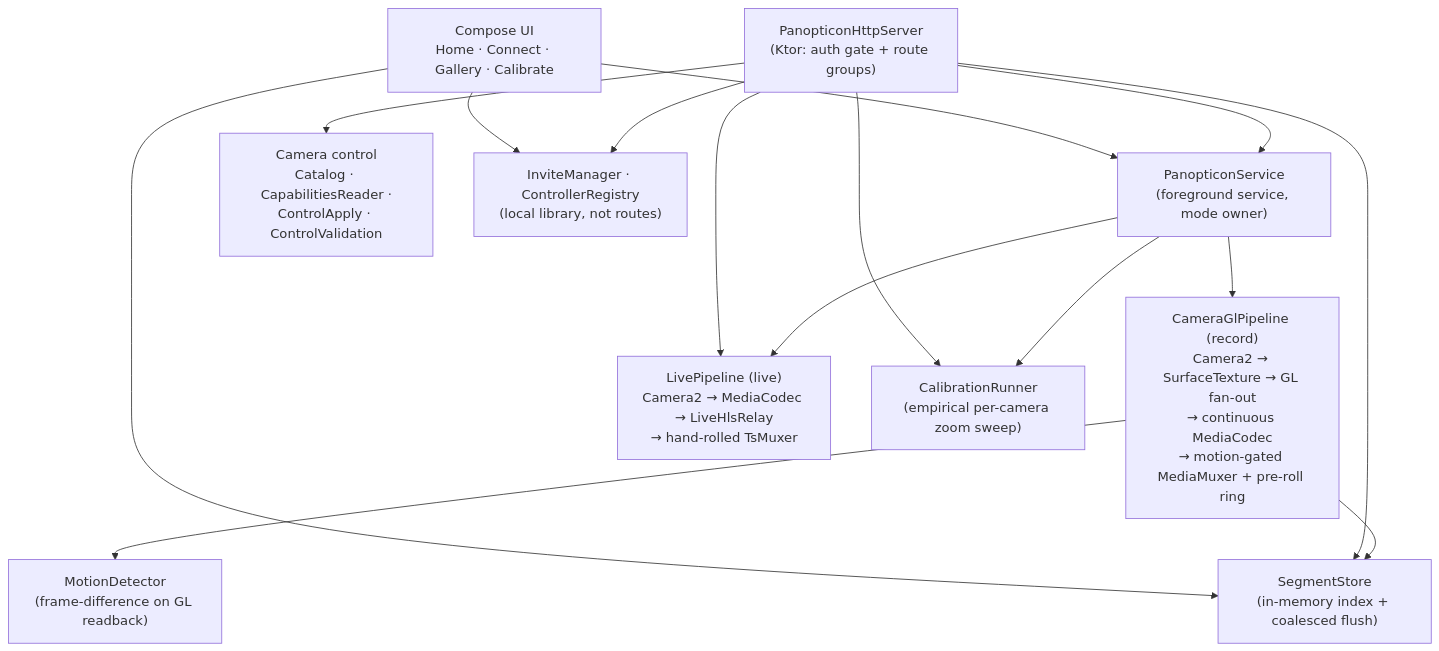
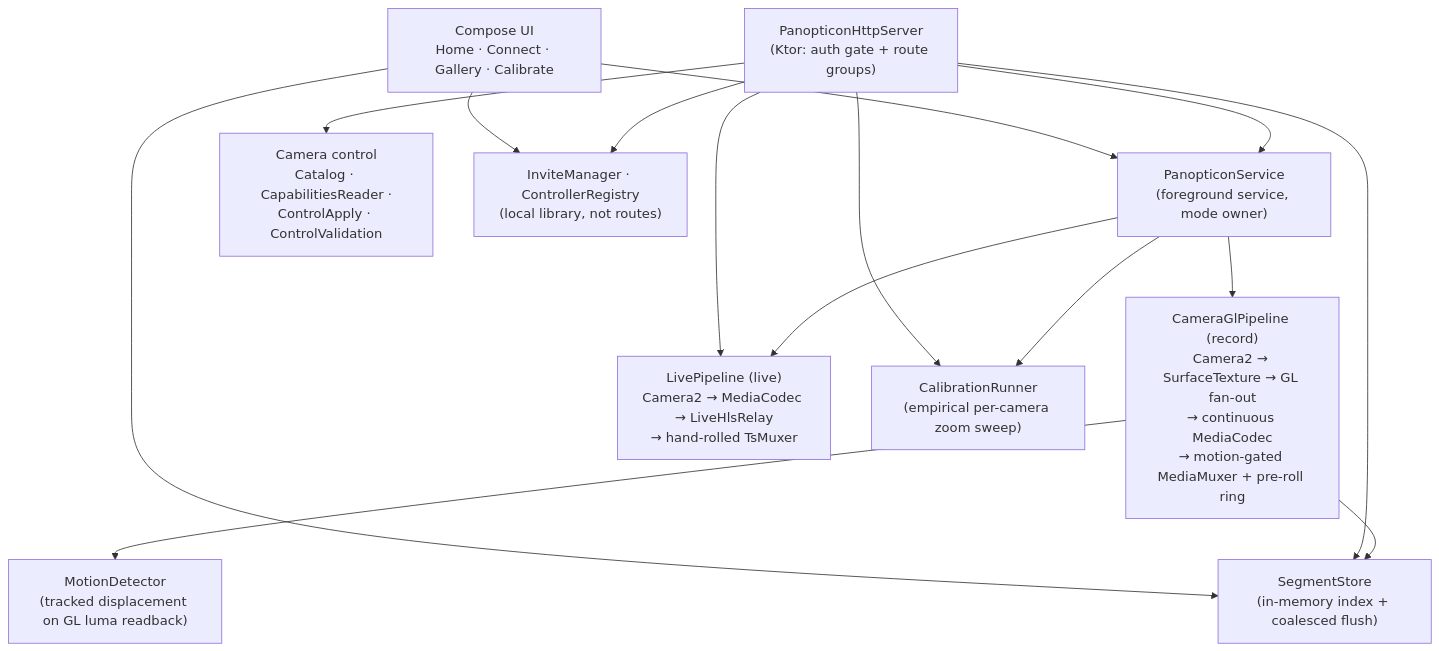
Before and after one commit to ifeanyiecheruo/panopticon: the second of 4 diagrams in docs/design/architecture.md, drawn with Mermaid. The commit also changed other lines of this file and 25 other files, not shown here.

First line of the commit message:
feat(phone): detect motion by tracked displacement (ADR 0013) (#8)

````diff
--- a/docs/design/architecture.md
+++ b/docs/design/architecture.md
@@ -183,18 +183,18 @@
 ```mermaid
 flowchart TB
     Svc["PanopticonService\n(foreground service, mode owner)"]
     HTTP["PanopticonHttpServer\n(Ktor: auth gate + route groups)"]
     Rec["CameraGlPipeline (record)\nCamera2 → SurfaceTexture → GL fan-out\n→ continuous MediaCodec\n→ motion-gated MediaMuxer + pre-roll ring"]
-    Motion["MotionDetector\n(frame-difference on GL readback)"]
+    Motion["MotionDetector\n(tracked displacement on GL luma readback)"]
     Live["LivePipeline (live)\nCamera2 → MediaCodec → LiveHlsRelay\n→ hand-rolled TsMuxer"]
     Cal["CalibrationRunner\n(empirical per-camera zoom sweep)"]
     CamCtl["Camera control\nCatalog · CapabilitiesReader ·\nControlApply · ControlValidation"]
     Store["SegmentStore\n(in-memory index + coalesced flush)"]
     Pair["InviteManager · ControllerRegistry\n(local library, not routes)"]
     UI["Compose UI\nHome · Connect · Gallery · Calibrate"]
 
     Svc --> Rec & Live & Cal
     Rec --> Motion & Store
     HTTP --> Svc & Store & CamCtl & Cal & Pair & Live
     UI --> Svc & Store & Pair
 ```
````
